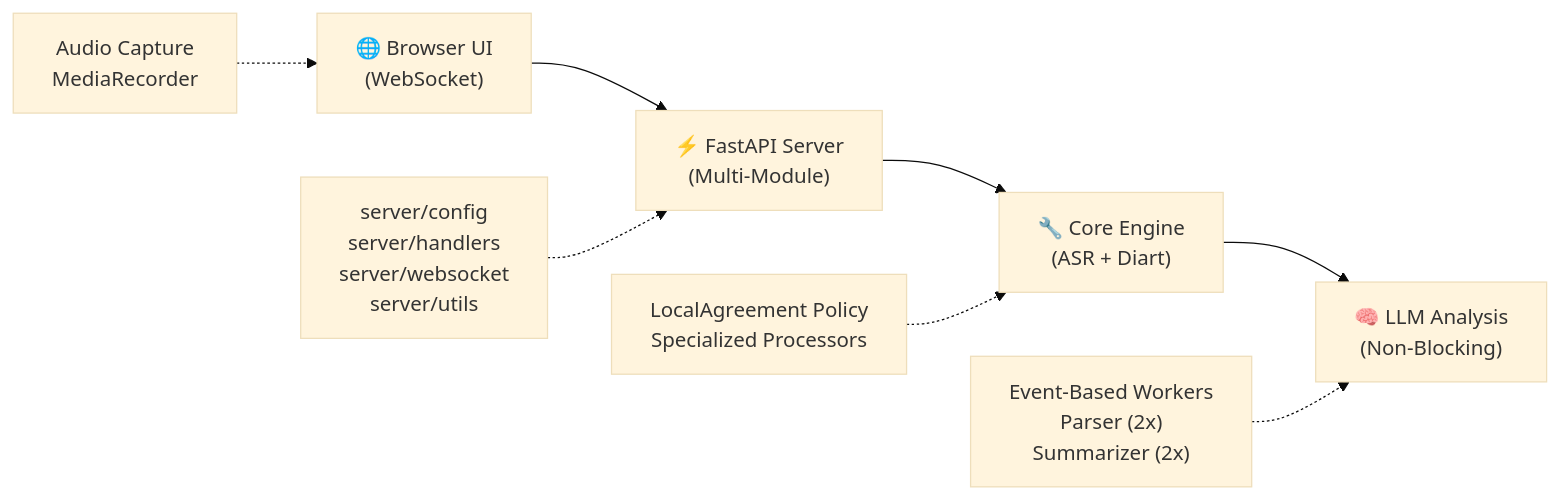
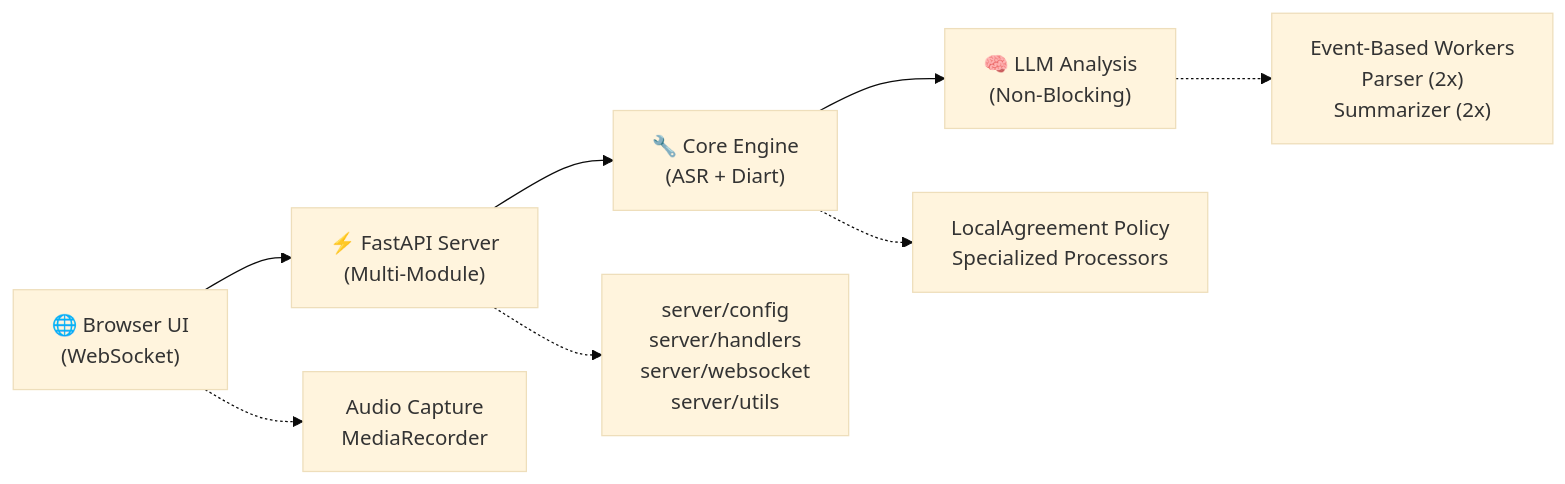
One commit to teron131/AudioInsight changed the diagram in README.md. Above: the diagram before and after it, drawn with Mermaid (base theme).

Commit message:
Test readme mermaid

````diff
--- a/README.md
+++ b/README.md
@@ -47,11 +47,11 @@
 ```mermaid
 flowchart LR
     A["🌐 Browser UI<br/>(WebSocket)"] --> B["⚡ FastAPI Server<br/>(Multi-Module)"]
     B --> C["🔧 Core Engine<br/>(ASR + Diart)"]  
     C --> D["🧠 LLM Analysis<br/>(Non-Blocking)"]
     
-    A1["Audio Capture<br/>MediaRecorder"] -.-> A
-    B1["server/config<br/>server/handlers<br/>server/websocket<br/>server/utils"] -.-> B
-    C1["LocalAgreement Policy<br/>Specialized Processors"] -.-> C
-    D1["Event-Based Workers<br/>Parser (2x)<br/>Summarizer (2x)"] -.-> D
+    A -.-> A1["Audio Capture<br/>MediaRecorder"]
+    B -.-> B1["server/config<br/>server/handlers<br/>server/websocket<br/>server/utils"]
+    C -.-> C1["LocalAgreement Policy<br/>Specialized Processors"]
+    D -.-> D1["Event-Based Workers<br/>Parser (2x)<br/>Summarizer (2x)"]
 ```
````
